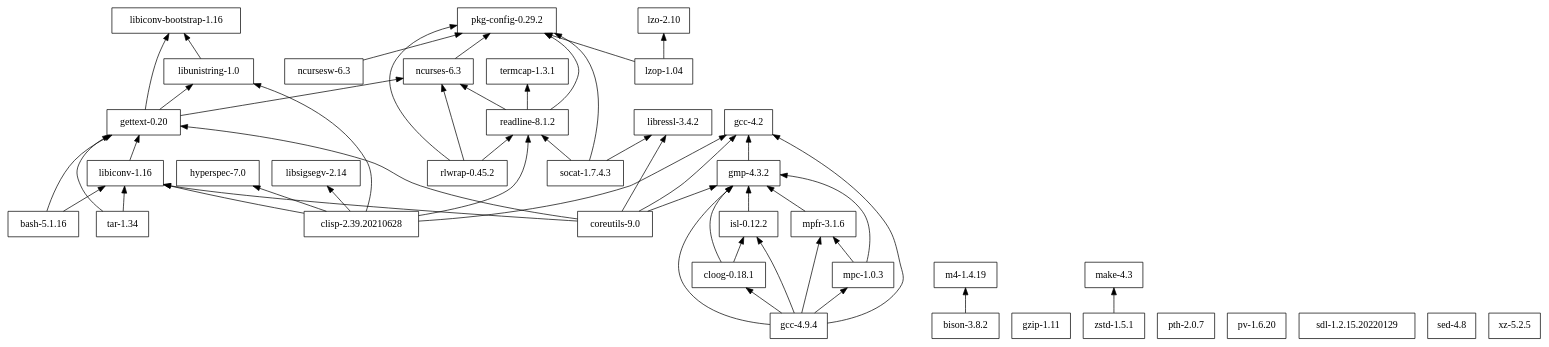
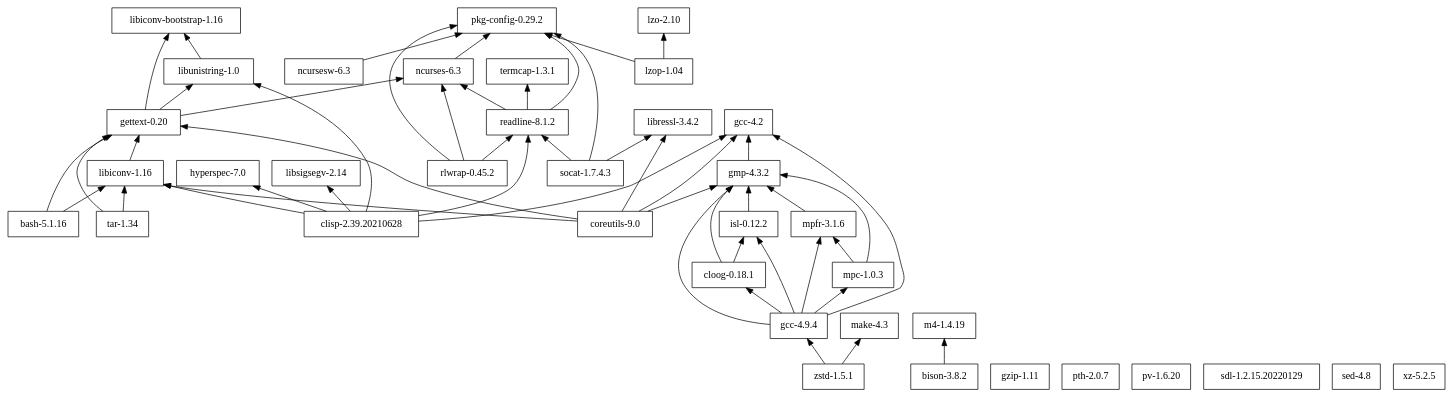
One commit to cellularmitosis/leopard.sh changed the diagram in tigersh/deps/dependencies.dot. Above: the diagram before and after it, drawn with Graphviz. The commit also changed 6 other files, not shown here.

```diff
--- a/tigersh/deps/dependencies.dot
+++ b/tigersh/deps/dependencies.dot
@@ -1,70 +1,71 @@
 digraph mygraph {
 node [shape=box];
 rankdir = BT;
 
 "bash-5.1.16" -> "gettext-0.20"
 "bash-5.1.16" -> "libiconv-1.16"
 "bison-3.8.2" -> "m4-1.4.19"
 "clisp-2.39.20210628" -> "gcc-4.2"
 "clisp-2.39.20210628" -> "hyperspec-7.0"
 "clisp-2.39.20210628" -> "libiconv-1.16"
 "clisp-2.39.20210628" -> "libsigsegv-2.14"
 "clisp-2.39.20210628" -> "libunistring-1.0"
 "clisp-2.39.20210628" -> "readline-8.1.2"
 "cloog-0.18.1" -> "gmp-4.3.2"
 "cloog-0.18.1" -> "isl-0.12.2"
 "coreutils-9.0" -> "gcc-4.2"
 "coreutils-9.0" -> "gettext-0.20"
 "coreutils-9.0" -> "gmp-4.3.2"
 "coreutils-9.0" -> "libiconv-1.16"
 "coreutils-9.0" -> "libressl-3.4.2"
 "gcc-4.2"
 "gcc-4.9.4" -> "cloog-0.18.1"
 "gcc-4.9.4" -> "gcc-4.2"
 "gcc-4.9.4" -> "gmp-4.3.2"
 "gcc-4.9.4" -> "isl-0.12.2"
 "gcc-4.9.4" -> "mpc-1.0.3"
 "gcc-4.9.4" -> "mpfr-3.1.6"
 "gettext-0.20" -> "libiconv-bootstrap-1.16"
 "gettext-0.20" -> "libunistring-1.0"
 "gettext-0.20" -> "ncurses-6.3"
 "gmp-4.3.2" -> "gcc-4.2"
 "gzip-1.11"
 "hyperspec-7.0"
 "isl-0.12.2" -> "gmp-4.3.2"
 "libiconv-1.16" -> "gettext-0.20"
 "libiconv-bootstrap-1.16"
 "libressl-3.4.2"
 "libsigsegv-2.14"
 "libunistring-1.0" -> "libiconv-bootstrap-1.16"
 "lzo-2.10"
 "lzop-1.04" -> "lzo-2.10"
 "lzop-1.04" -> "pkg-config-0.29.2"
 "m4-1.4.19"
 "make-4.3"
 "mpc-1.0.3" -> "gmp-4.3.2"
 "mpc-1.0.3" -> "mpfr-3.1.6"
 "mpfr-3.1.6" -> "gmp-4.3.2"
 "ncurses-6.3" -> "pkg-config-0.29.2"
 "ncursesw-6.3" -> "pkg-config-0.29.2"
 "pkg-config-0.29.2"
 "pth-2.0.7"
 "pv-1.6.20"
 "readline-8.1.2" -> "ncurses-6.3"
 "readline-8.1.2" -> "pkg-config-0.29.2"
 "readline-8.1.2" -> "termcap-1.3.1"
 "rlwrap-0.45.2" -> "ncurses-6.3"
 "rlwrap-0.45.2" -> "pkg-config-0.29.2"
 "rlwrap-0.45.2" -> "readline-8.1.2"
 "sdl-1.2.15.20220129"
 "sed-4.8"
 "socat-1.7.4.3" -> "libressl-3.4.2"
 "socat-1.7.4.3" -> "pkg-config-0.29.2"
 "socat-1.7.4.3" -> "readline-8.1.2"
 "tar-1.34" -> "gettext-0.20"
 "tar-1.34" -> "libiconv-1.16"
 "termcap-1.3.1"
 "xz-5.2.5"
+"zstd-1.5.1" -> "gcc-4.9.4"
 "zstd-1.5.1" -> "make-4.3"
 
 }
```
